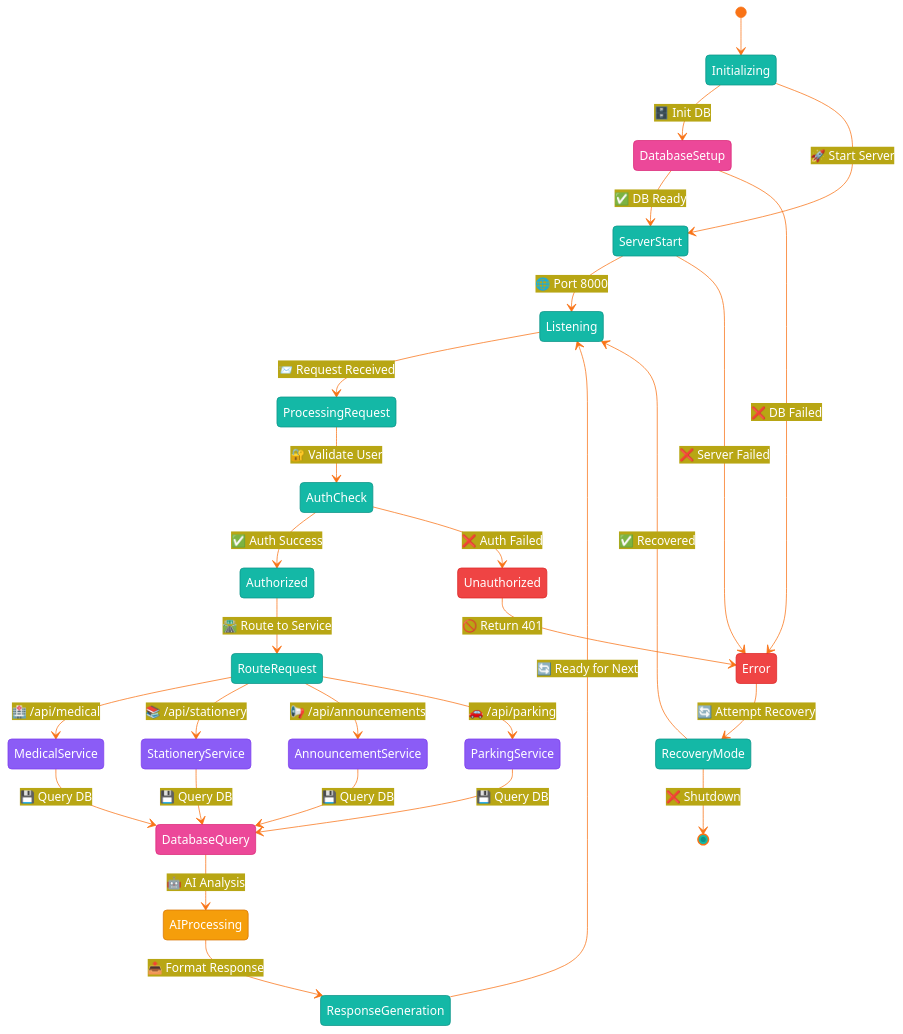
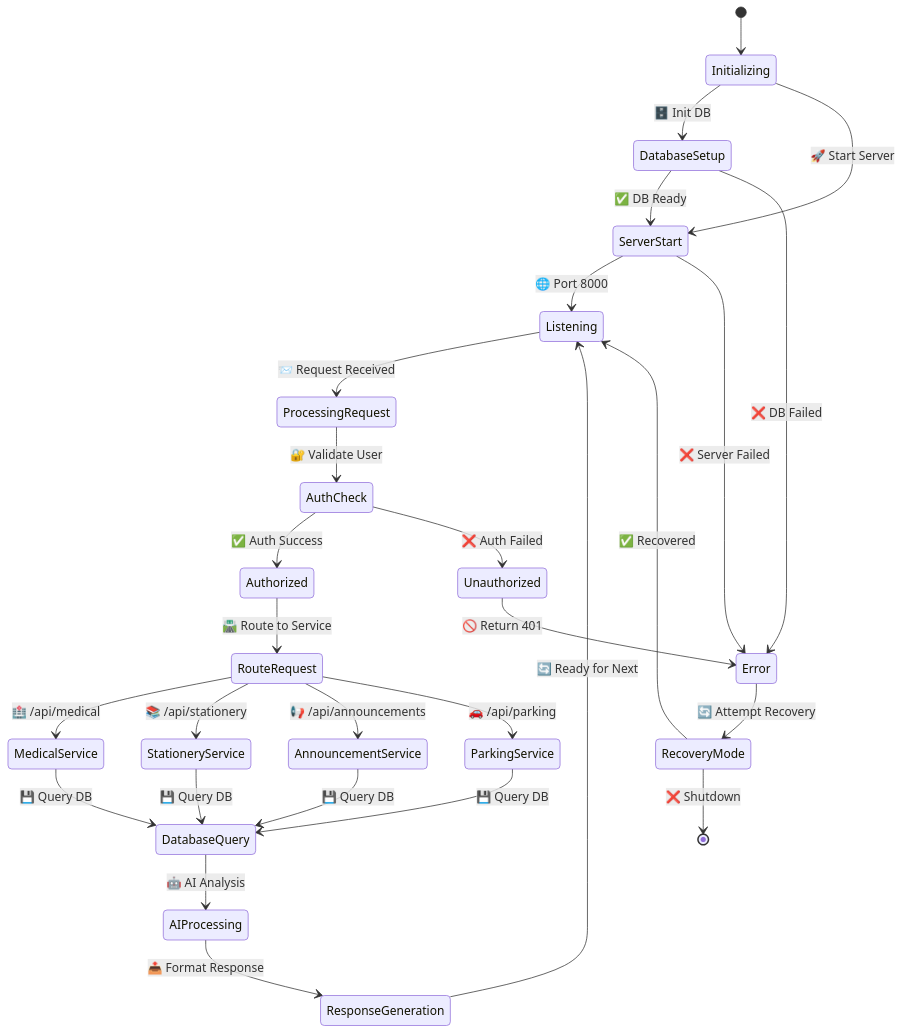
One commit to AARVAK-VSET/campus-flow changed the fourth of 10 diagrams in README.md. Above: the diagram before and after it, drawn with Mermaid. The commit also changed other lines of this file, not shown here.

Commit message:
fix(docs): format mermaid diagrams for GitHub markdown rendering compatibility

````diff
--- a/README.md
+++ b/README.md
@@ -226,66 +164,42 @@
 ```mermaid
-%%{init: {
-  'theme': 'base',
-  'themeVariables': {
-    'primaryColor': '#14b8a6',
-    'primaryTextColor': '#ffffff',
-    'primaryBorderColor': '#0d9488',
-    'lineColor': '#f97316',
-    'altBackground': '#1e293b',
-    'background': '#0f172a',
-    'stateBkgColor': '#14b8a6',
-    'stateBorder': '#0d9488',
-    'stateTextColor': '#ffffff'
-  }
-}}%%
 stateDiagram-v2
     [*] --> Initializing
     
     Initializing --> DatabaseSetup: 🗄️ Init DB
     Initializing --> ServerStart: 🚀 Start Server
     
     DatabaseSetup --> ServerStart: ✅ DB Ready
     DatabaseSetup --> Error: ❌ DB Failed
     
     ServerStart --> Listening: 🌐 Port 8000
     ServerStart --> Error: ❌ Server Failed
     
     Listening --> ProcessingRequest: 📨 Request Received
     ProcessingRequest --> AuthCheck: 🔐 Validate User
     
     AuthCheck --> Authorized: ✅ Auth Success
     AuthCheck --> Unauthorized: ❌ Auth Failed
     
     Authorized --> RouteRequest: 🛣️ Route to Service
     Unauthorized --> Error: 🚫 Return 401
     
     RouteRequest --> MedicalService: 🏥 /api/medical
     RouteRequest --> StationeryService: 📚 /api/stationery
     RouteRequest --> AnnouncementService: 📢 /api/announcements
     RouteRequest --> ParkingService: 🚗 /api/parking
     
     MedicalService --> DatabaseQuery: 💾 Query DB
     StationeryService --> DatabaseQuery: 💾 Query DB
     AnnouncementService --> DatabaseQuery: 💾 Query DB
     ParkingService --> DatabaseQuery: 💾 Query DB
     
     DatabaseQuery --> AIProcessing: 🤖 AI Analysis
     AIProcessing --> ResponseGeneration: 📤 Format Response
     ResponseGeneration --> Listening: 🔄 Ready for Next
     
     Error --> RecoveryMode: 🔄 Attempt Recovery
     RecoveryMode --> Listening: ✅ Recovered
     RecoveryMode --> [*]: ❌ Shutdown
     
-    classDef normal fill:#14b8a6,stroke:#0d9488,color:#ffffff
-    classDef error fill:#ef4444,stroke:#dc2626,color:#ffffff
-    classDef service fill:#8b5cf6,stroke:#7c3aed,color:#ffffff
-    classDef data fill:#ec4899,stroke:#db2777,color:#ffffff
-    classDef ai fill:#f59e0b,stroke:#d97706,color:#ffffff
-    
-    class Initializing,ServerStart,Listening,ProcessingRequest,AuthCheck,RouteRequest,ResponseGeneration normal
-    class Error,Unauthorized error
-    class MedicalService,StationeryService,AnnouncementService,ParkingService service
-    class DatabaseSetup,DatabaseQuery data
-    class AIProcessing ai
+
 ```
````
